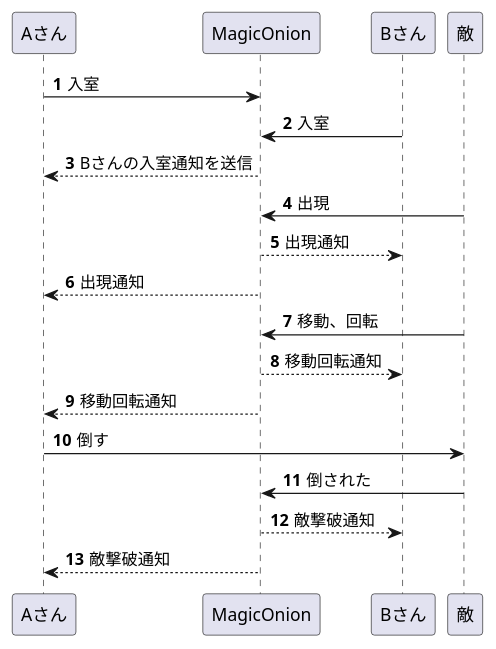
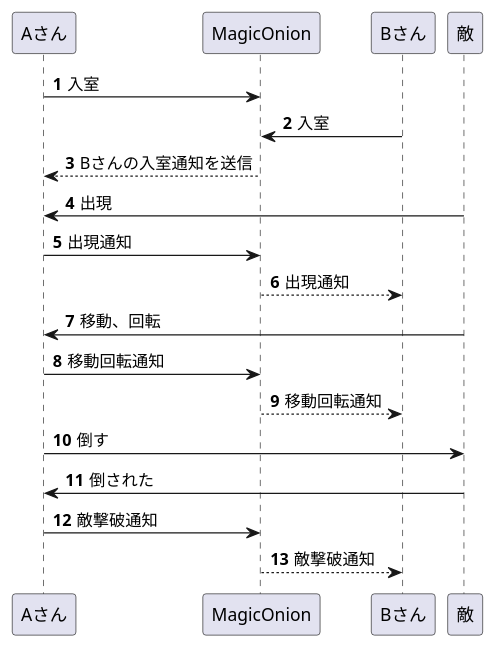
Before and after one commit to Kinako-Amamitu/First_Realyty_time: the diagram in Document/敵の状態同期.puml, drawn with PlantUML. The commit also changed 63 other files, not shown here.

```diff
--- a/Document/敵の状態同期.puml
+++ b/Document/敵の状態同期.puml
@@ -1,21 +1,21 @@
 @startuml
 'https://plantuml.com/sequence-diagram
 
 autonumber
 
 Aさん -> MagicOnion: 入室
 MagicOnion <- Bさん: 入室
 Aさん <-- MagicOnion: Bさんの入室通知を送信
 
-敵 -> MagicOnion:出現
+敵 -> Aさん:出現
+Aさん->MagicOnion:出現通知
 Bさん <-- MagicOnion:出現通知
-Aさん <-- MagicOnion:出現通知
-敵 -> MagicOnion:移動、回転
+敵 -> Aさん:移動、回転
+Aさん -> MagicOnion:移動回転通知
 Bさん <-- MagicOnion:移動回転通知
-Aさん <-- MagicOnion:移動回転通知
 
 Aさん -> 敵 :倒す
-MagicOnion <- 敵 :倒された
+Aさん <- 敵 :倒された
+Aさん -> MagicOnion:敵撃破通知
 Bさん <-- MagicOnion:敵撃破通知
-Aさん <-- MagicOnion:敵撃破通知
 @enduml
```
